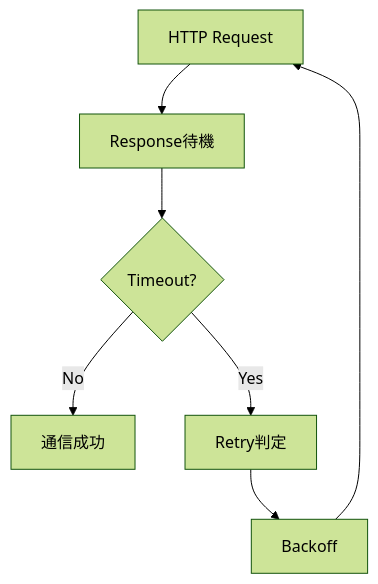
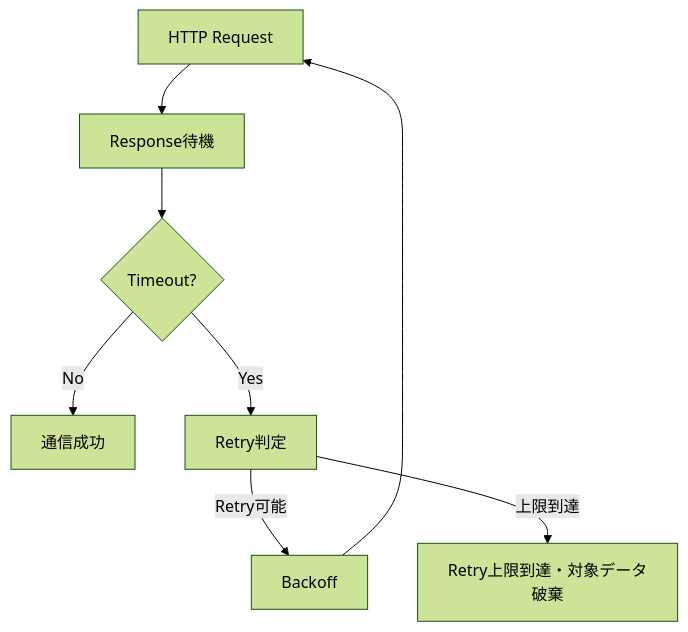
Before and after one commit to yujimasuda77777/Raspberry_Pi_4B_Edge_IoT_System: diagram 13 of 46 in docs/05_operation_recovery.md, drawn with Mermaid (forest theme). The commit also changed other lines of this file and 1 other file, not shown here.

````diff
--- a/docs/05_operation_recovery.md
+++ b/docs/05_operation_recovery.md
@@ -652,18 +626,21 @@
 ```mermaid
 flowchart TD
     Send["HTTP Request"]
     Wait["Response待機"]
     Timeout{"Timeout?"}
     Success["通信成功"]
     Retry["Retry判定"]
     Backoff["Backoff"]
+    Discard["Retry上限到達・対象データ破棄"]
 
     Send --> Wait
     Wait --> Timeout
 
     Timeout -->|No| Success
     Timeout -->|Yes| Retry
 
-    Retry --> Backoff
+    Retry -->|Retry可能| Backoff
+    Retry -->|上限到達| Discard
+
     Backoff --> Send
 ```
````
